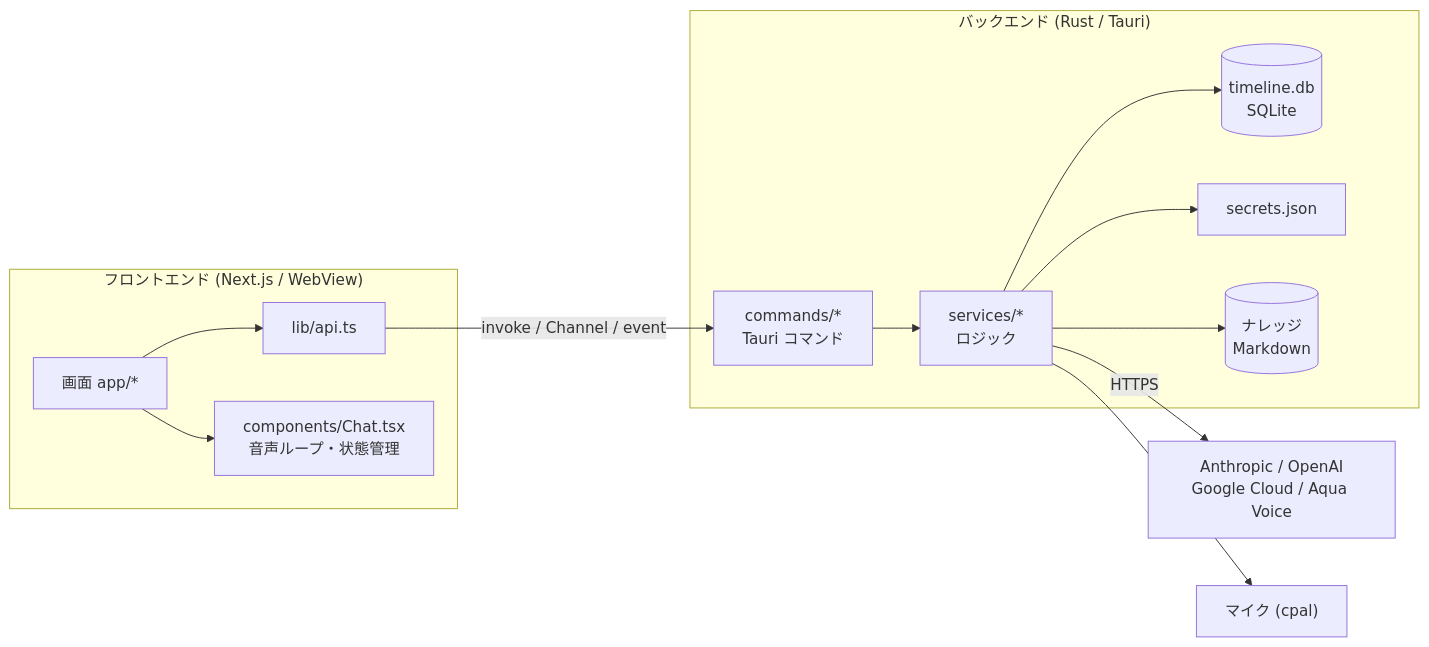
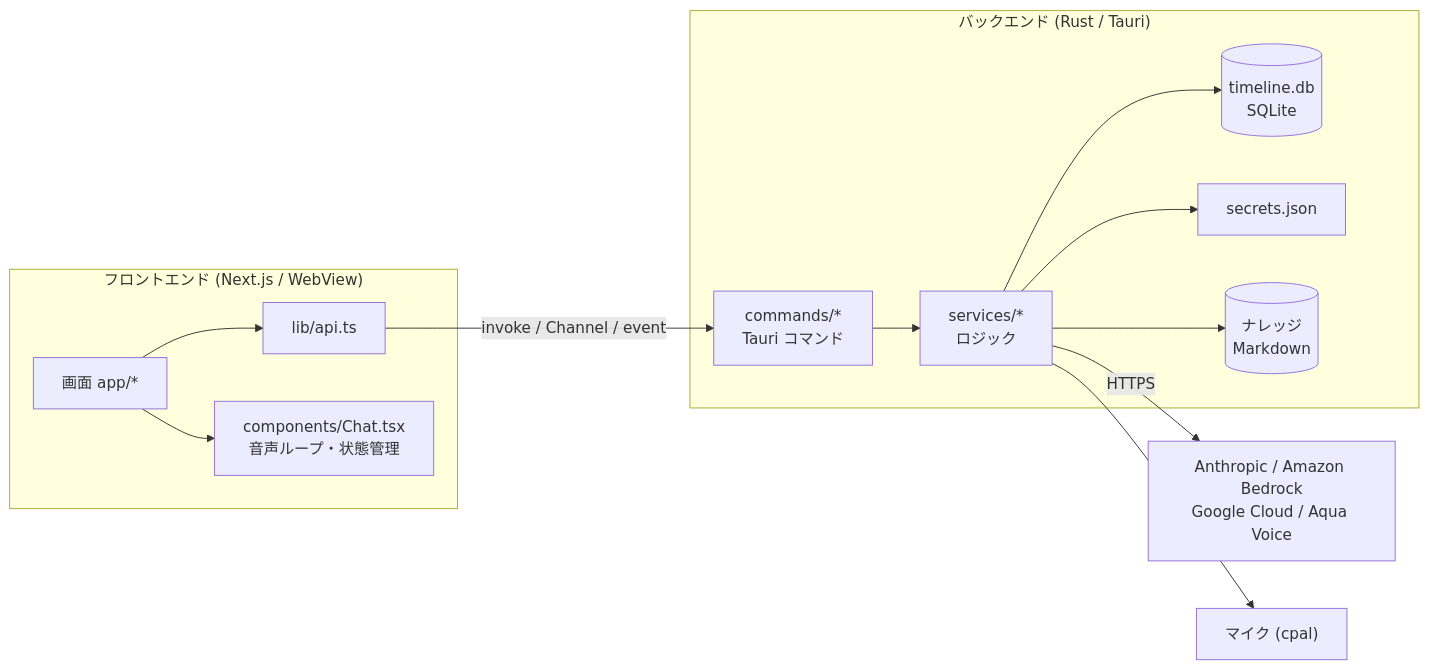
One commit to long-in/MyAssistant changed the first of 2 diagrams in docs/architecture.md. Above: the diagram before and after it, drawn with Mermaid. The commit also changed 35 other files, not shown here.

````diff
--- a/docs/architecture.md
+++ b/docs/architecture.md
@@ -7,16 +7,16 @@
 ```mermaid
 flowchart LR
   subgraph FE["フロントエンド (Next.js / WebView)"]
     UI["画面 app/*"] --> API["lib/api.ts"]
     UI --> Chat["components/Chat.tsx<br/>音声ループ・状態管理"]
   end
   subgraph BE["バックエンド (Rust / Tauri)"]
     CMD["commands/*<br/>Tauri コマンド"] --> SVC["services/*<br/>ロジック"]
     SVC --> DB[("timeline.db<br/>SQLite")]
     SVC --> SEC["secrets.json"]
     SVC --> KN[("ナレッジ<br/>Markdown")]
   end
   API -- invoke / Channel / event --> CMD
-  SVC -- HTTPS --> EXT["Anthropic / OpenAI<br/>Google Cloud / Aqua Voice"]
+  SVC -- HTTPS --> EXT["Anthropic / Amazon Bedrock<br/>Google Cloud / Aqua Voice"]
   SVC --> MIC["マイク (cpal)"]
 ```
````
